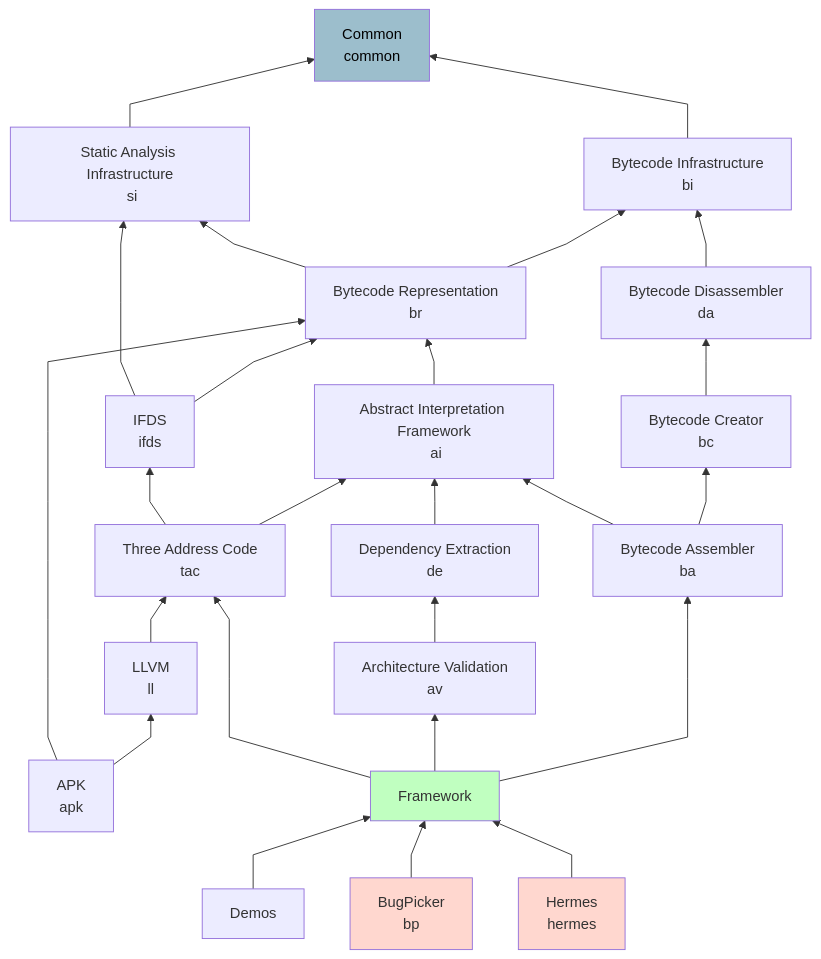
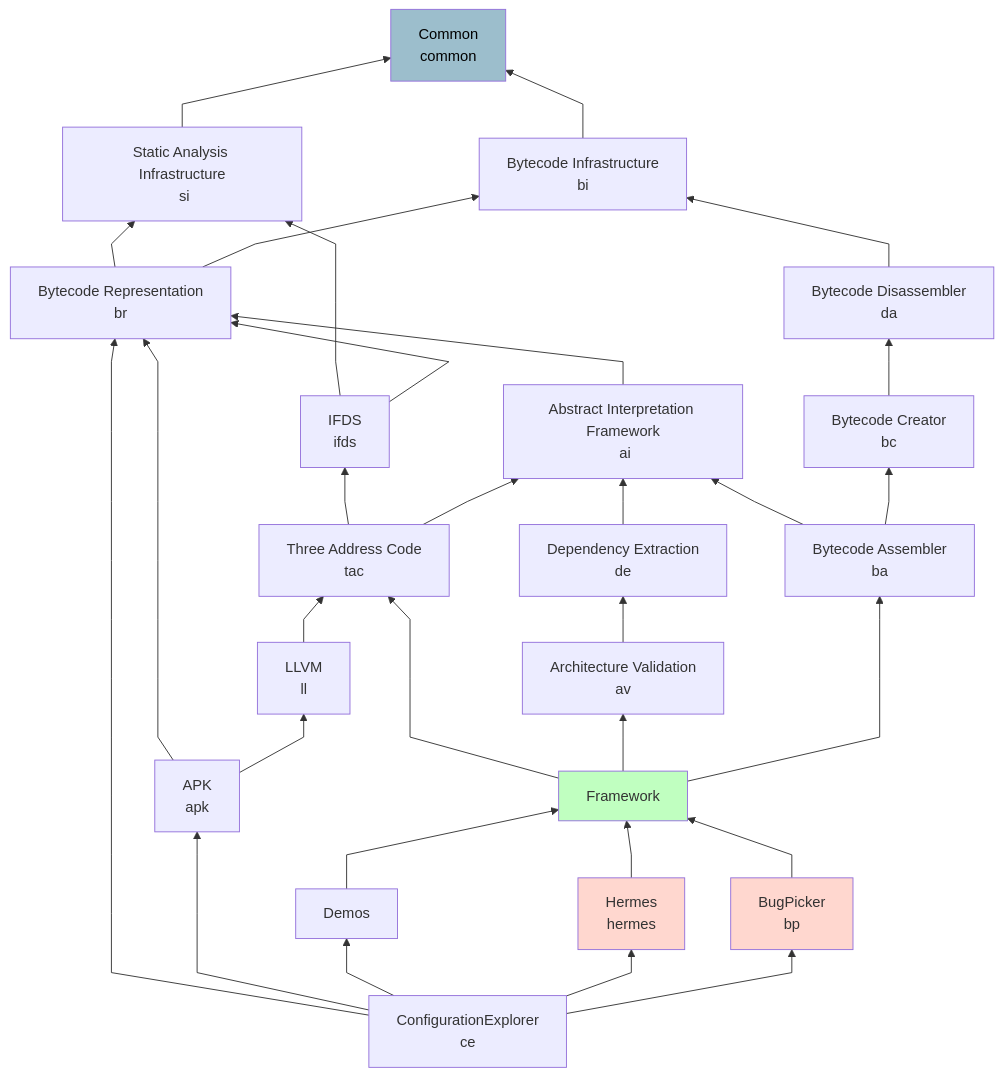
The diagram in OPAL/ProjectDependencies.mmd (opalj/opal), drawn with Mermaid before and after one commit. The commit also changed 1 other file, not shown here.

```diff
--- a/OPAL/ProjectDependencies.mmd
+++ b/OPAL/ProjectDependencies.mmd
@@ -1,71 +1,79 @@
 %%{ init: { 'flowchart': { 'curve': 'linear' } } }%%
 flowchart BT
     
     common[Common\n common]
 
     si[Static Analysis Infrastructure\n si]
     bi[Bytecode Infrastructure\n bi]
 
     br[Bytecode Representation\n br]
     da[Bytecode Disassembler\n da]
 
     ifds[IFDS\n ifds]
     ai[Abstract Interpretation Framework\n ai]
     bc[Bytecode Creator\n bc]
 
     tac[Three Address Code\n tac]
     de[Dependency Extraction\n de]
     ba[Bytecode Assembler\n ba]
 
     ll[LLVM\n ll]
     apk[APK\n apk]
     av[Architecture Validation\n av]
 
     framework[Framework]
 
     demos[Demos]
     bp[BugPicker\n bp]
     hermes[Hermes\n hermes]
+
+    ce[ConfigurationExplorer \n ce]
 
     style common fill:#9cbecc,color:black
     style framework fill:#c0ffc0
     style bp fill:#ffd7cf
     style hermes fill:#ffd7cf
 
     si --> common
 
     bi --> common
 
     br --> si
     br --> bi
     da --> bi
 
     ifds --> si
     ifds --> br
 
     ai --> br
 
     bc --> da
 
     de --> ai
 
     tac --> ifds
     tac --> ai
 
     ll --> tac
 
     apk --> br
     apk --> ll
 
     ba --> ai
     ba --> bc
 
     av --> de
 
     framework --> tac
     framework --> av
     framework --> ba
     
     demos --> framework
     bp --> framework
     hermes --> framework
+
+    ce --> br
+    ce --> apk
+    ce --> demos
+    ce --> hermes
+    ce --> bp
```
